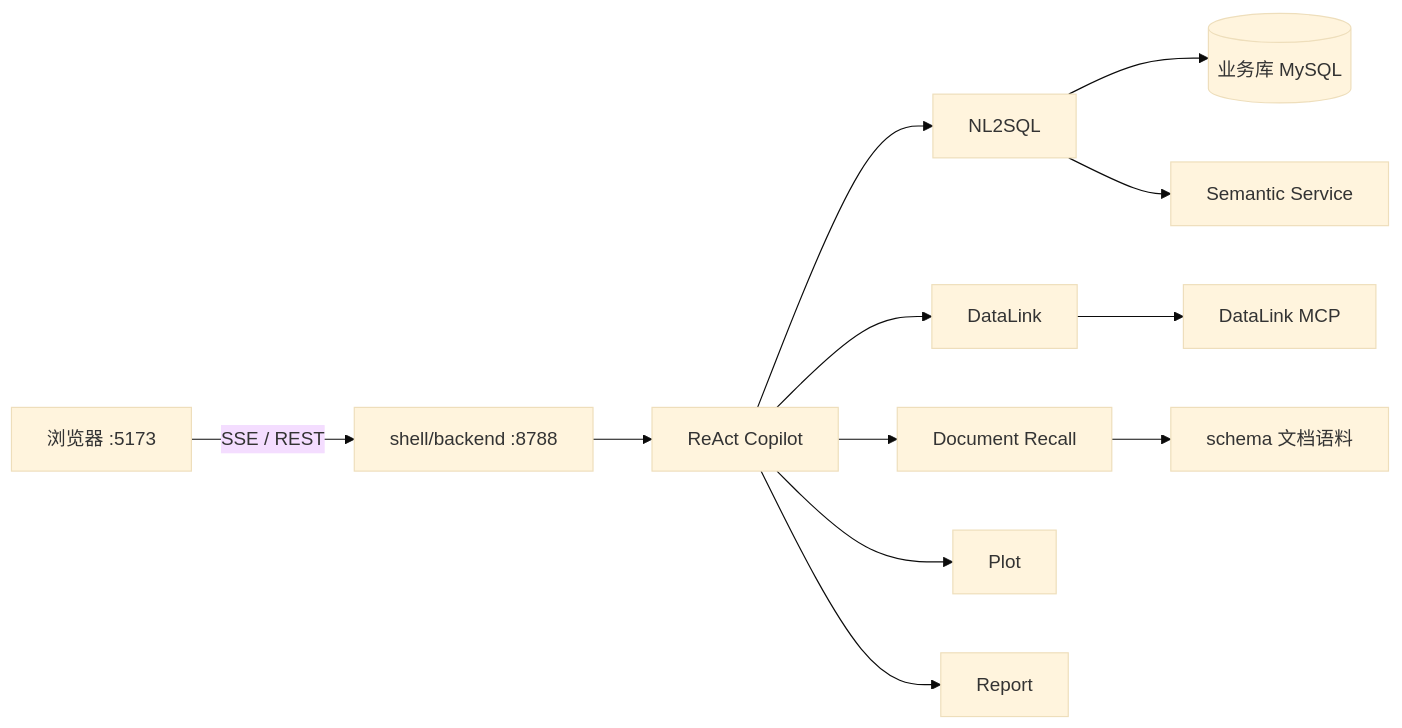
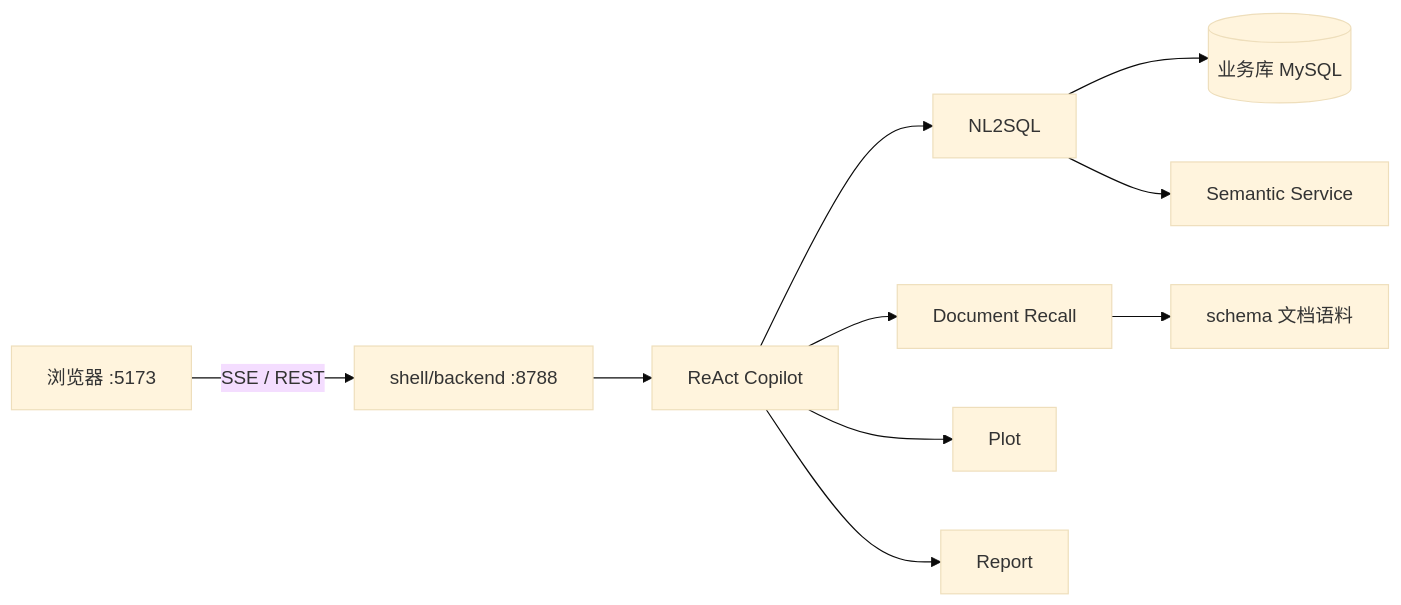
Before and after one commit to HongxHH/DataX: the diagram in README.md, drawn with Mermaid (base theme). The commit also changed other lines of this file and 4 other files, not shown here.

Commit message:
Remove DataLink from the Copilot routing and docs.

````diff
--- a/README.md
+++ b/README.md
@@ -29,14 +28,12 @@
 ```mermaid
 flowchart LR
   Browser["浏览器 :5173"] -->|SSE / REST| Shell["shell/backend :8788"]
   Shell --> Copilot["ReAct Copilot"]
   Copilot --> NL2SQL
-  Copilot --> DataLink
   Copilot --> Docs["Document Recall"]
   Copilot --> Plot
   Copilot --> Report
   NL2SQL --> MySQL[(业务库 MySQL)]
   NL2SQL --> Semantic["Semantic Service"]
-  DataLink --> MCP["DataLink MCP"]
   Docs --> MD["schema 文档语料"]
 ```
````
